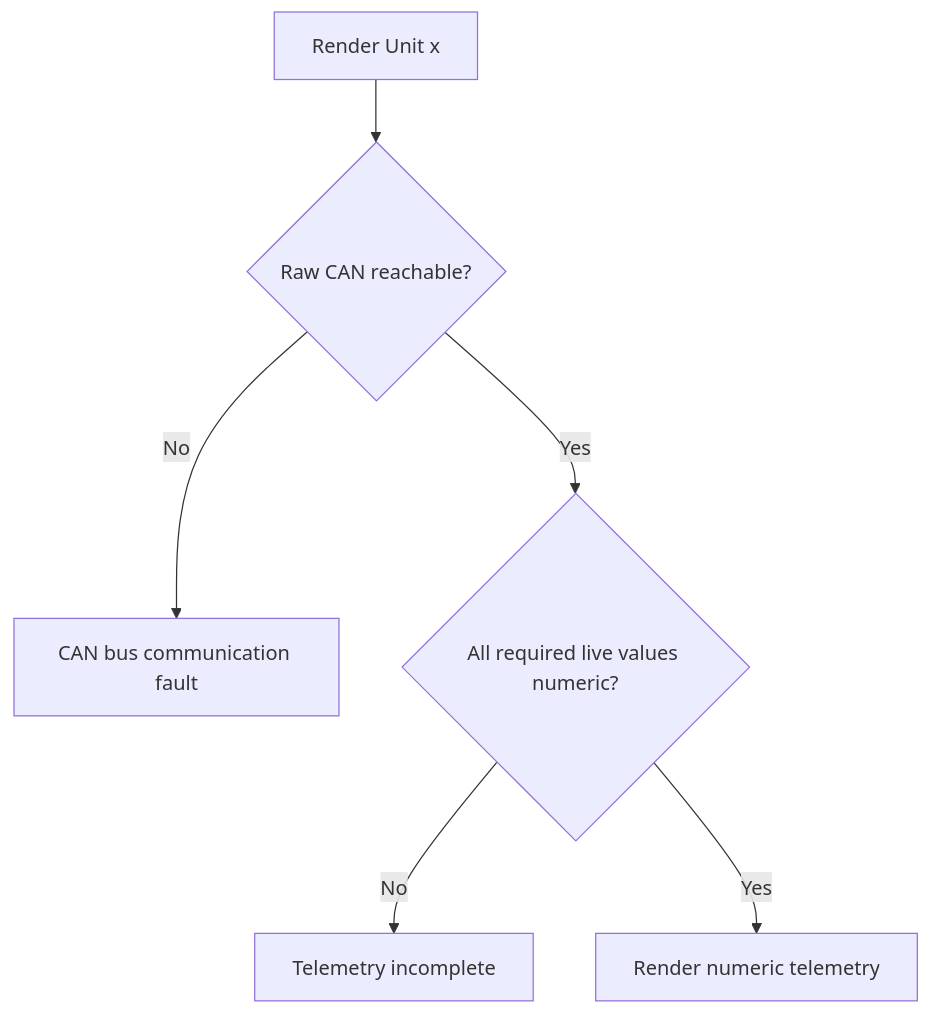
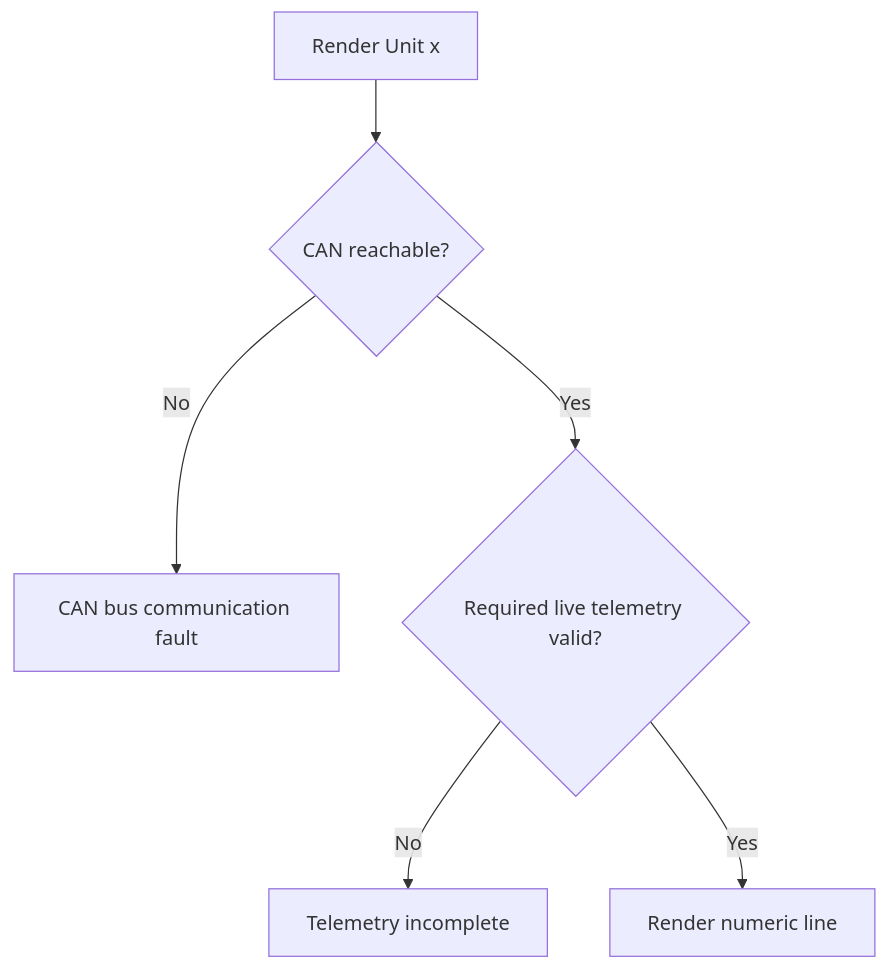
Diagram 17 of 20 in R4875G1_CONTROL_FLOWS.md (anwa/esphome-r4875g1-3phase-charger), drawn with Mermaid before and after one commit. The commit also changed other lines of this file, not shown here.

````diff
--- a/R4875G1_CONTROL_FLOWS.md
+++ b/R4875G1_CONTROL_FLOWS.md
@@ -761,8 +592,8 @@
 ```mermaid
 flowchart TD
-    A[Render Unit x] --> B{Raw CAN reachable?}
+    A[Render Unit x] --> B{CAN reachable?}
     B -- No --> C[CAN bus communication fault]
-    B -- Yes --> D{All required live values numeric?}
+    B -- Yes --> D{Required live telemetry valid?}
     D -- No --> E[Telemetry incomplete]
-    D -- Yes --> F[Render numeric telemetry]
+    D -- Yes --> F[Render numeric line]
 ```
````
